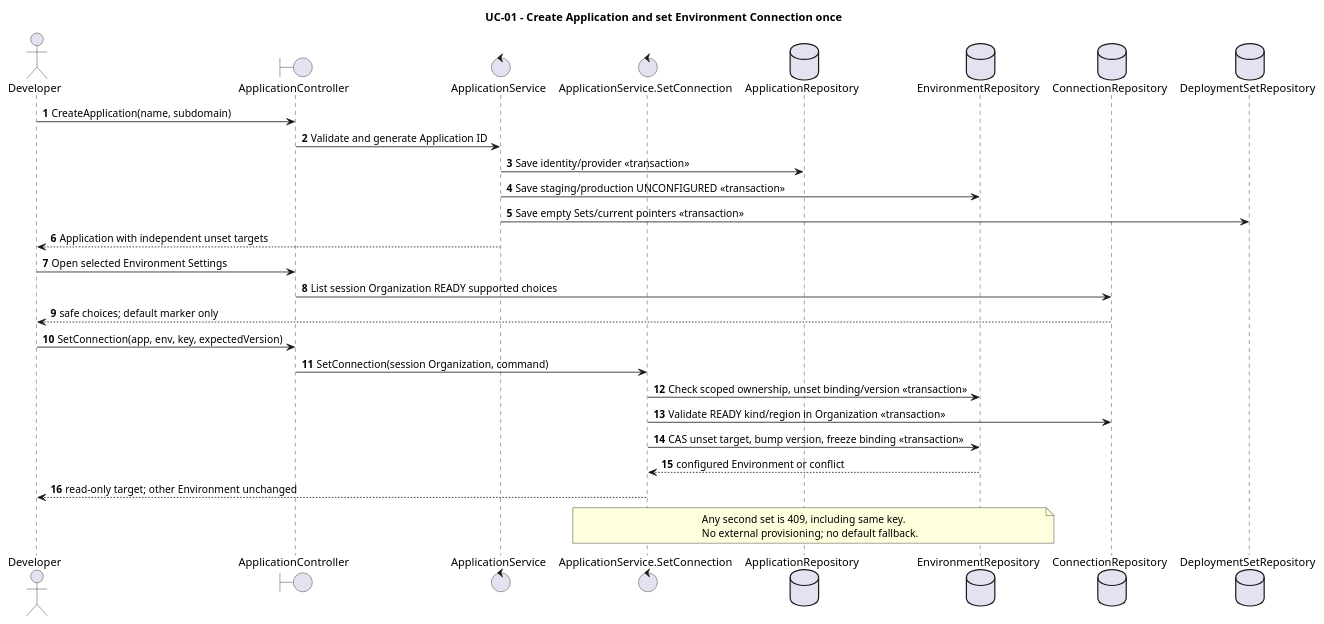
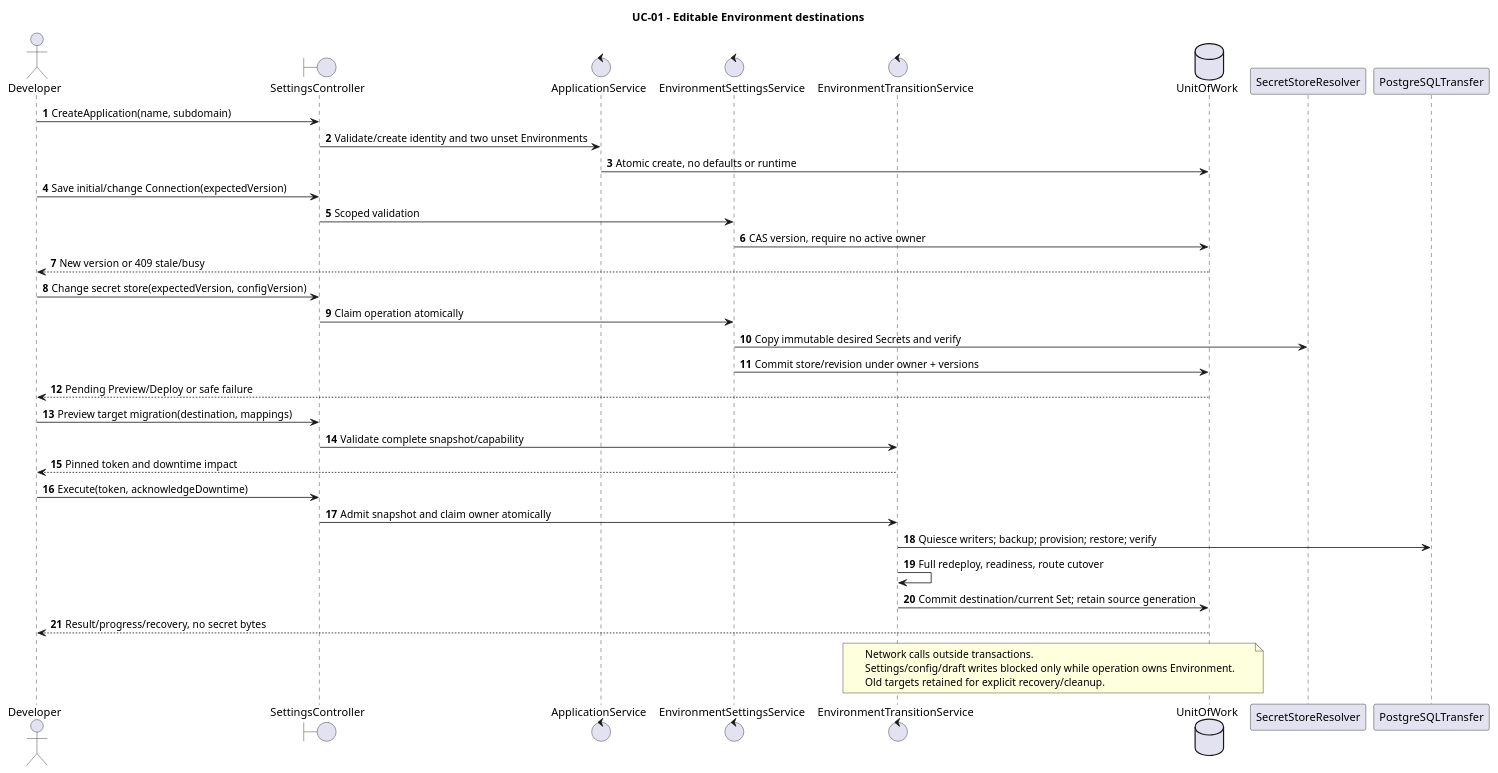
The diagram in orchestrator_docs/usecase/UC-01/sequence.puml (pr3s3nt/poc), drawn with PlantUML before and after one commit. The commit also changed 171 other files, not shown here.

Commit message:
feat: checkpoint environment secret stores and target transitions

```diff
--- a/orchestrator_docs/usecase/UC-01/sequence.puml
+++ b/orchestrator_docs/usecase/UC-01/sequence.puml
@@ -1,32 +1,38 @@
 @startuml
-title UC-01 - Create Application and set Environment Connection once
+title UC-01 - Editable Environment destinations
 autonumber
 actor Developer as Dev
-boundary ApplicationController as API
-control ApplicationService as Service
-control "ApplicationService.SetConnection" as Target
-database ApplicationRepository as Apps
-database EnvironmentRepository as Envs
-database ConnectionRepository as Connections
-database DeploymentSetRepository as Sets
+boundary SettingsController as API
+control ApplicationService as Apps
+control EnvironmentSettingsService as Settings
+control EnvironmentTransitionService as Transition
+database UnitOfWork as DB
+participant SecretStoreResolver as Stores
+participant PostgreSQLTransfer as PG
 Dev -> API: CreateApplication(name, subdomain)
-API -> Service: Validate and generate Application ID
-Service -> Apps: Save identity/provider <<transaction>>
-Service -> Envs: Save staging/production UNCONFIGURED <<transaction>>
-Service -> Sets: Save empty Sets/current pointers <<transaction>>
-Service --> Dev: Application with independent unset targets
-Dev -> API: Open selected Environment Settings
-API -> Connections: List session Organization READY supported choices
-Connections --> Dev: safe choices; default marker only
-Dev -> API: SetConnection(app, env, key, expectedVersion)
-API -> Target: SetConnection(session Organization, command)
-Target -> Envs: Check scoped ownership, unset binding/version <<transaction>>
-Target -> Connections: Validate READY kind/region in Organization <<transaction>>
-Target -> Envs: CAS unset target, bump version, freeze binding <<transaction>>
-Envs --> Target: configured Environment or conflict
-Target --> Dev: read-only target; other Environment unchanged
-note over Target,Envs
-Any second set is 409, including same key.
-No external provisioning; no default fallback.
+API -> Apps: Validate/create identity and two unset Environments
+Apps -> DB: Atomic create, no defaults or runtime
+Dev -> API: Save initial/change Connection(expectedVersion)
+API -> Settings: Scoped validation
+Settings -> DB: CAS version, require no active owner
+DB --> Dev: New version or 409 stale/busy
+Dev -> API: Change secret store(expectedVersion, configVersion)
+API -> Settings: Claim operation atomically
+Settings -> Stores: Copy immutable desired Secrets and verify
+Settings -> DB: Commit store/revision under owner + versions
+DB --> Dev: Pending Preview/Deploy or safe failure
+Dev -> API: Preview target migration(destination, mappings)
+API -> Transition: Validate complete snapshot/capability
+Transition --> Dev: Pinned token and downtime impact
+Dev -> API: Execute(token, acknowledgeDowntime)
+API -> Transition: Admit snapshot and claim owner atomically
+Transition -> PG: Quiesce writers; backup; provision; restore; verify
+Transition -> Transition: Full redeploy, readiness, route cutover
+Transition -> DB: Commit destination/current Set; retain source generation
+DB --> Dev: Result/progress/recovery, no secret bytes
+note over Transition,DB
+Network calls outside transactions.
+Settings/config/draft writes blocked only while operation owns Environment.
+Old targets retained for explicit recovery/cleanup.
 end note
 @enduml
```
